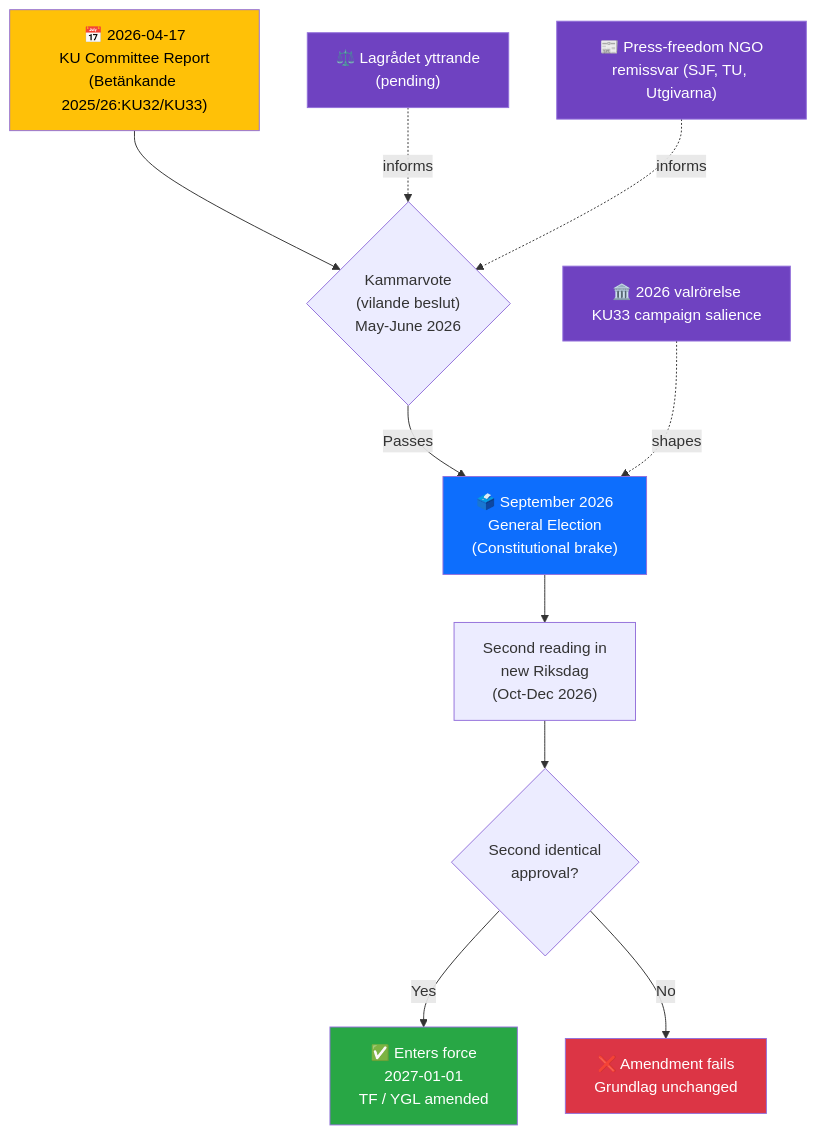
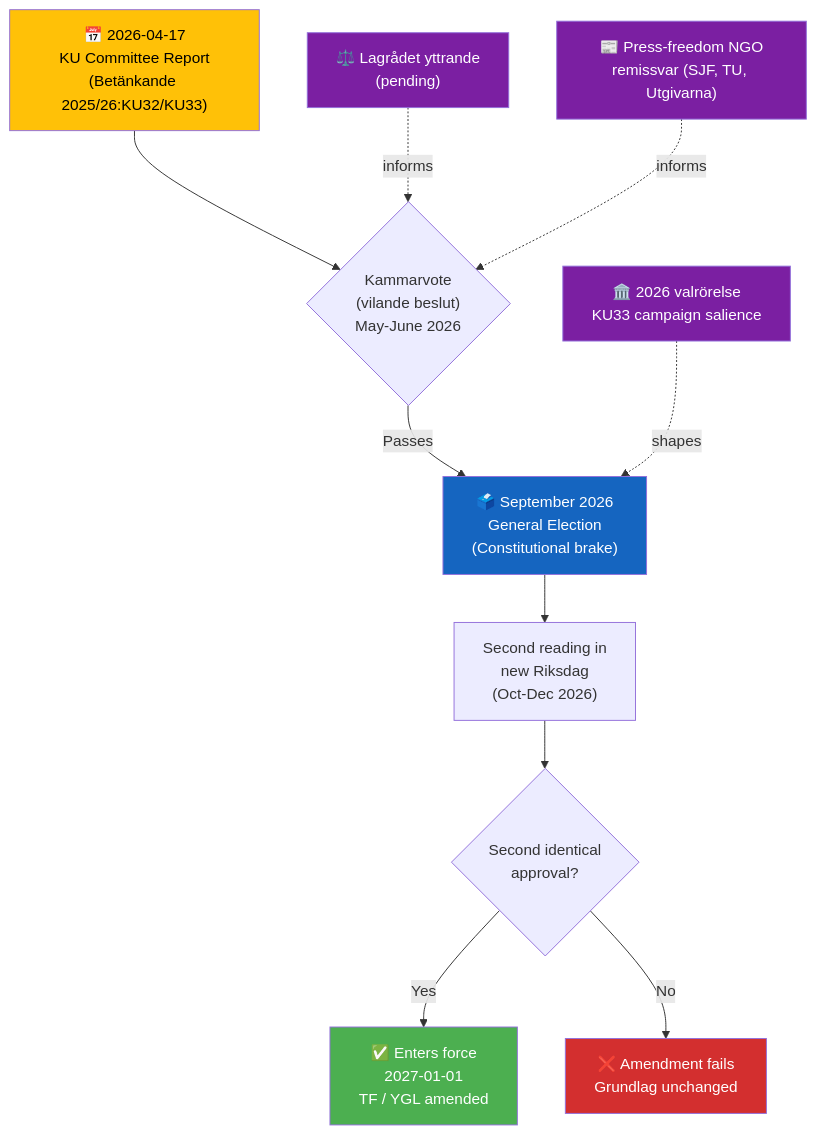
One commit to Hack23/riksdagsmonitor changed the first of 2 diagrams in analysis/daily/2026-04-17/realtime-1434/documents/HD01KU32-KU33-analysis.md. Above: the diagram before and after it, drawn with Mermaid. The commit also changed other lines of this file and 785 other files, not shown here.

First line of the commit message:
Normalize mermaid colors across 786 analysis artifacts to ISMS Style Guide palette

````diff
--- a/analysis/daily/2026-04-17/realtime-1434/documents/HD01KU32-KU33-analysis.md
+++ b/analysis/daily/2026-04-17/realtime-1434/documents/HD01KU32-KU33-analysis.md
@@ -44,21 +44,21 @@
 ```mermaid
 flowchart TD
     A["📅 2026-04-17<br/>KU Committee Report<br/>(Betänkande 2025/26:KU32/KU33)"] --> B{"Kammarvote<br/>(vilande beslut)<br/>May-June 2026"}
     B -->|"Passes"| C["🗳️ September 2026<br/>General Election<br/>(Constitutional brake)"]
     C --> D["Second reading in<br/>new Riksdag<br/>(Oct-Dec 2026)"]
     D --> E{"Second identical<br/>approval?"}
     E -->|"Yes"| F["✅ Enters force<br/>2027-01-01<br/>TF / YGL amended"]
     E -->|"No"| G["❌ Amendment fails<br/>Grundlag unchanged"]
 
     H["⚖️ Lagrådet yttrande<br/>(pending)"] -.informs.-> B
     I["📰 Press-freedom NGO<br/>remissvar (SJF, TU, Utgivarna)"] -.informs.-> B
     J["🏛️ 2026 valrörelse<br/>KU33 campaign salience"] -.shapes.-> C
 
-    style A fill:#ffc107,color:#000
-    style C fill:#0d6efd,color:#fff
-    style F fill:#28a745,color:#fff
-    style G fill:#dc3545,color:#fff
-    style H fill:#6f42c1,color:#fff
-    style I fill:#6f42c1,color:#fff
-    style J fill:#6f42c1,color:#fff
+    style A fill:#FFC107,color:#000000
+    style C fill:#1565C0,color:#FFFFFF
+    style F fill:#4CAF50,color:#FFFFFF
+    style G fill:#D32F2F,color:#FFFFFF
+    style H fill:#7B1FA2,color:#FFFFFF
+    style I fill:#7B1FA2,color:#FFFFFF
+    style J fill:#7B1FA2,color:#FFFFFF
 ```
````
